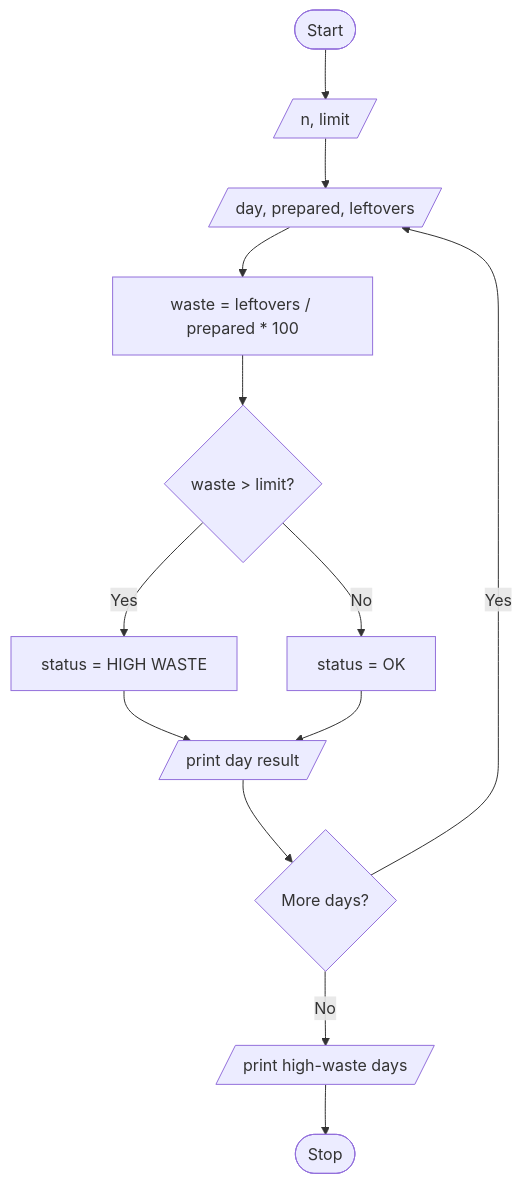
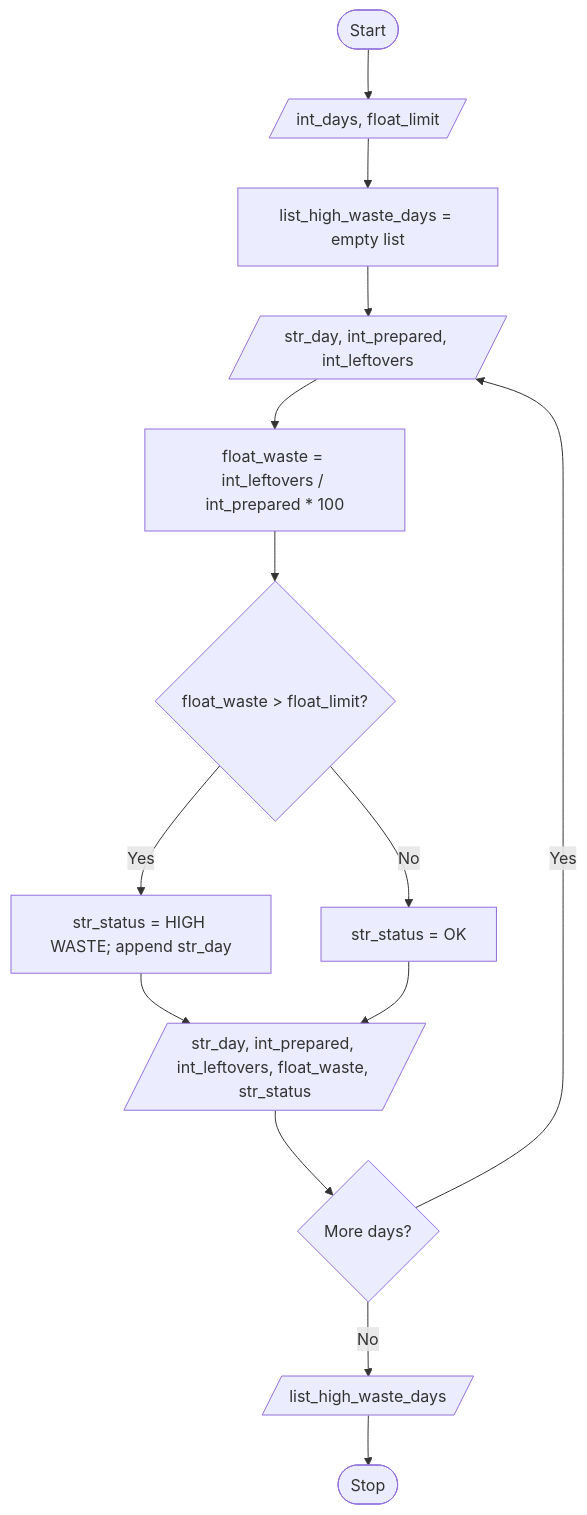
The diagram in ActivityBasedLearning-1/Case53-FoodWasteMonitoring/food_waste_monitoring.md (asvnphanindra/2026-27_PythonProgrammingCourse), drawn with Mermaid before and after one commit. The commit also changed other lines of this file and 1 other file, not shown here.

Commit message:
Use type-clear variable names and fix adjacent flowchart I/O blocks.

````diff
--- a/ActivityBasedLearning-1/Case53-FoodWasteMonitoring/food_waste_monitoring.md
+++ b/ActivityBasedLearning-1/Case53-FoodWasteMonitoring/food_waste_monitoring.md
@@ -94,27 +94,29 @@
 ```mermaid
 flowchart TD
     A([Start])
-    B[/n, limit/]
-    C[/day, prepared, leftovers/]
-    D[waste = leftovers / prepared * 100]
-    E{waste > limit?}
-    F[status = HIGH WASTE]
-    G[status = OK]
-    H[/print day result/]
-    I{More days?}
-    J[/print high-waste days/]
-    K([Stop])
+    B[/int_days, float_limit/]
+    C[list_high_waste_days = empty list]
+    D[/str_day, int_prepared, int_leftovers/]
+    E[float_waste = int_leftovers / int_prepared * 100]
+    F{float_waste > float_limit?}
+    G[str_status = HIGH WASTE; append str_day]
+    H[str_status = OK]
+    I[/str_day, int_prepared, int_leftovers, float_waste, str_status/]
+    J{More days?}
+    K[/list_high_waste_days/]
+    L([Stop])
 
     A --> B
     B --> C
     C --> D
     D --> E
-    E -->|Yes| F
-    E -->|No| G
-    F --> H
-    G --> H
+    E --> F
+    F -->|Yes| G
+    F -->|No| H
+    G --> I
     H --> I
-    I -->|Yes| C
-    I -->|No| J
-    J --> K
+    I --> J
+    J -->|Yes| D
+    J -->|No| K
+    K --> L
 ```
````
